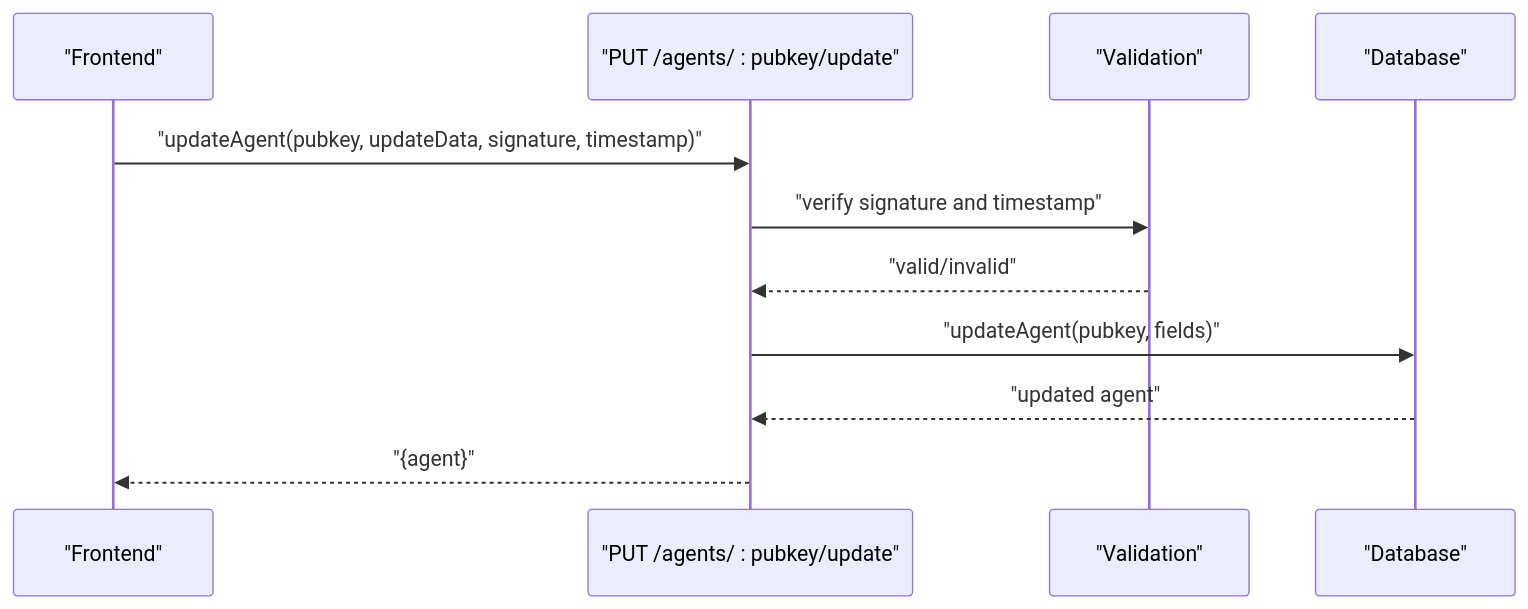
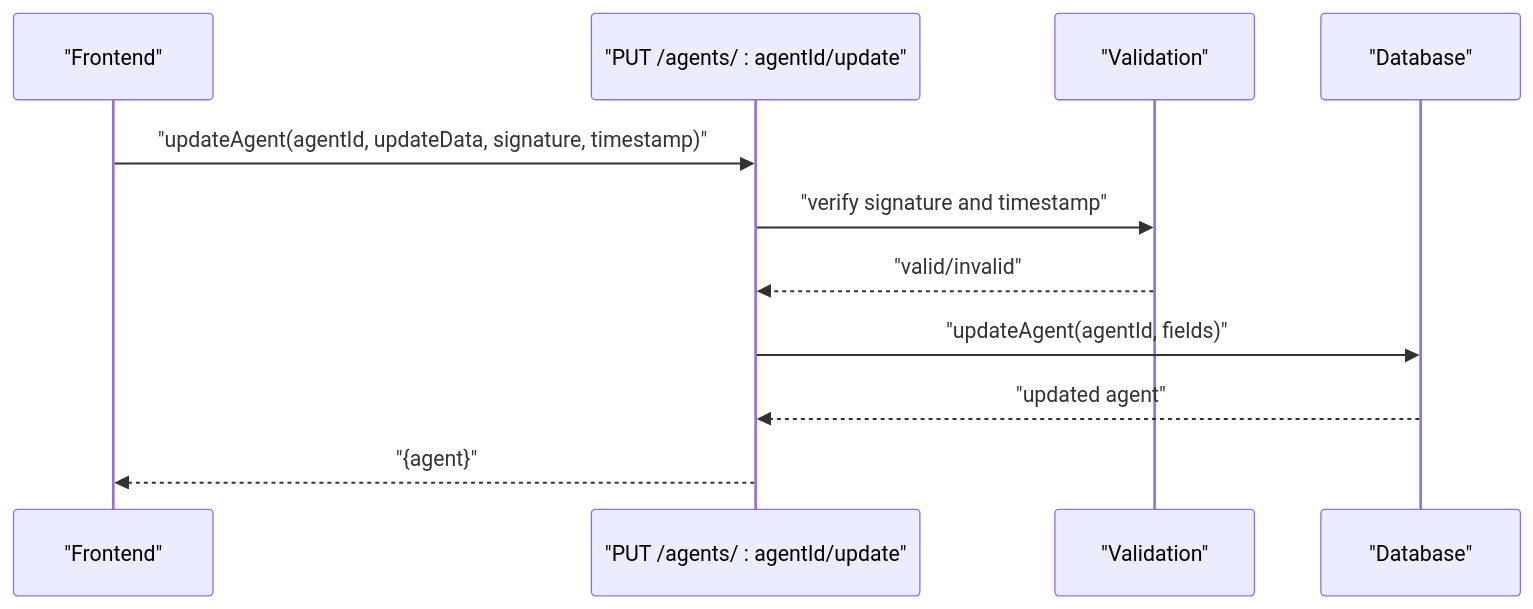
The seventh of 10 diagrams in .qoder/repowiki/en/content/Frontend Application/API Integration.md (RunTimeAdmin/AgentID), drawn with Mermaid before and after one commit. The commit also changed other lines of this file and 31 other files, not shown here.

````diff
--- a/.qoder/repowiki/en/content/Frontend Application/API Integration.md
+++ b/.qoder/repowiki/en/content/Frontend Application/API Integration.md
@@ -283,13 +312,13 @@
 ```mermaid
 sequenceDiagram
 participant FE as "Frontend"
-participant API as "PUT /agents/ : pubkey/update"
+participant API as "PUT /agents/ : agentId/update"
 participant VAL as "Validation"
 participant DB as "Database"
-FE->>API : "updateAgent(pubkey, updateData, signature, timestamp)"
+FE->>API : "updateAgent(agentId, updateData, signature, timestamp)"
 API->>VAL : "verify signature and timestamp"
 VAL-->>API : "valid/invalid"
-API->>DB : "updateAgent(pubkey, fields)"
+API->>DB : "updateAgent(agentId, fields)"
 DB-->>API : "updated agent"
 API-->>FE : "{agent}"
 ```
````
